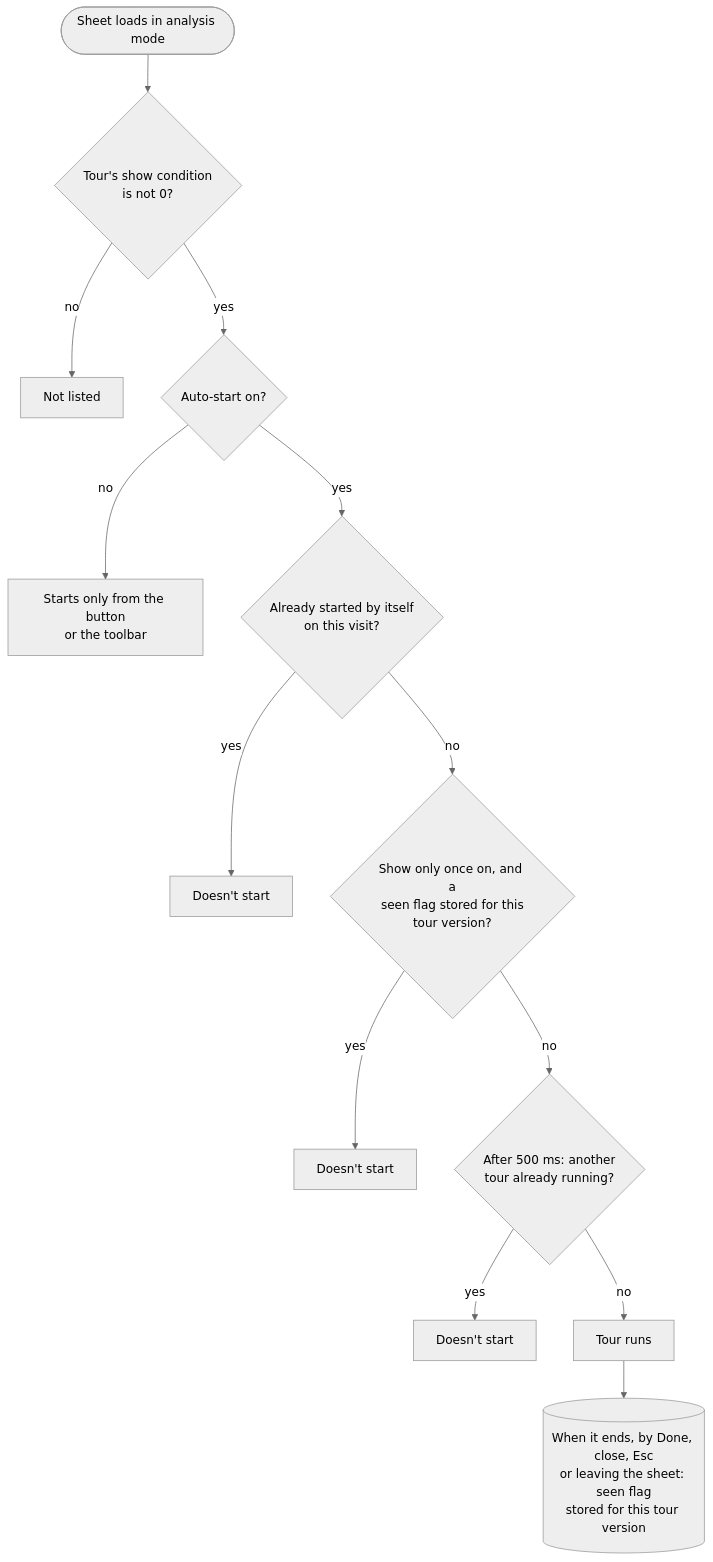
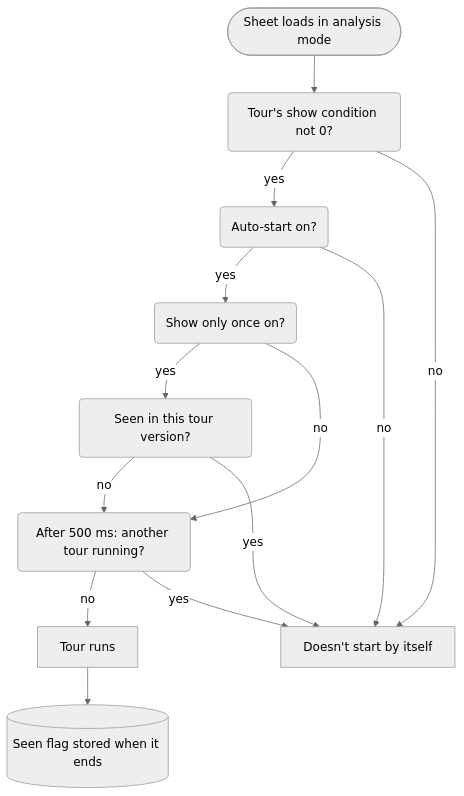
The second of 5 diagrams in README.md (ptarmiganlabs/onboard.qs), drawn with Mermaid (neutral theme) before and after one commit. The commit also changed other lines of this file, not shown here.

Commit message:
docs(readme): make the auto-start and target diagrams shorter
On GitHub, the auto-start flowchart came out about 2000 px tall and the
target flowchart about 1200. Questions are now rounded boxes rather
than diamonds, with labels that fit on a line or two, and the
auto-start diagram has one "doesn't start" outcome. Once per visit,
and the ways a tour can end, moved into the text under it. README.pdf
now sizes each diagram to fit on one A4 page.

````diff
--- a/README.md
+++ b/README.md
@@ -204,15 +204,15 @@
 ```mermaid
 flowchart TD
-    A([Sheet loads in analysis mode]) --> B{Tour's show condition<br/>is not 0?}
-    B -- no --> X1[Not listed]
-    B -- yes --> C{Auto-start on?}
-    C -- no --> X2[Starts only from the button<br/>or the toolbar]
-    C -- yes --> D{Already started by itself<br/>on this visit?}
-    D -- yes --> X3[Doesn't start]
-    D -- no --> E{Show only once on, and a<br/>seen flag stored for this<br/>tour version?}
-    E -- yes --> X4[Doesn't start]
-    E -- no --> G{After 500 ms: another<br/>tour already running?}
-    G -- yes --> X5[Doesn't start]
-    G -- no --> R[Tour runs]
-    R --> T[(When it ends, by Done, close, Esc<br/>or leaving the sheet: seen flag<br/>stored for this tour version)]
+    A([Sheet loads in analysis mode]) --> B(Tour's show condition not 0?)
+    B -- yes --> C(Auto-start on?)
+    C -- yes --> E(Show only once on?)
+    E -- yes --> E2(Seen in this tour version?)
+    E -- no --> F(After 500 ms: another tour running?)
+    E2 -- no --> F
+    F -- no --> R[Tour runs]
+    R --> T[(Seen flag stored when it ends)]
+    B -- no --> N[Doesn't start by itself]
+    C -- no --> N
+    E2 -- yes --> N
+    F -- yes --> N
 ```
````
